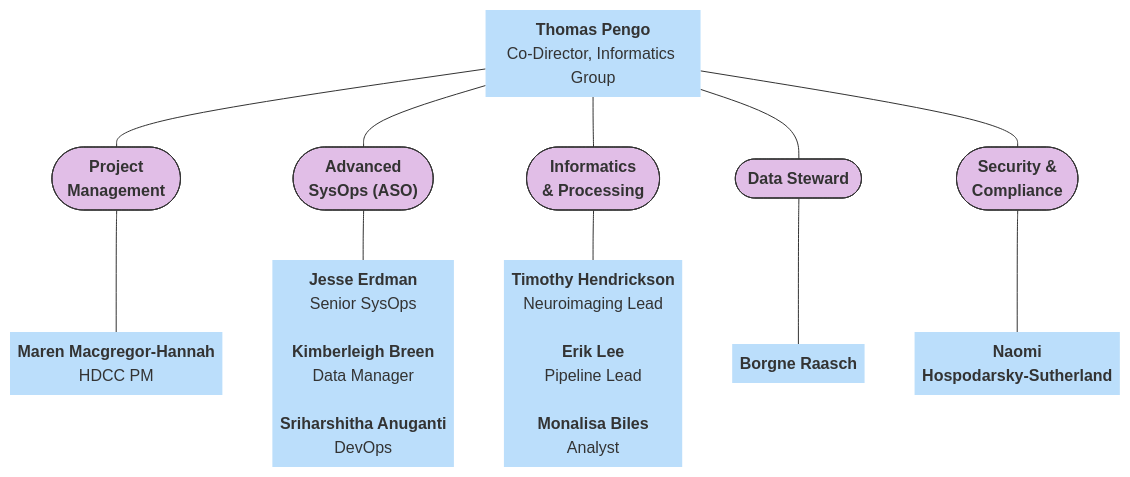
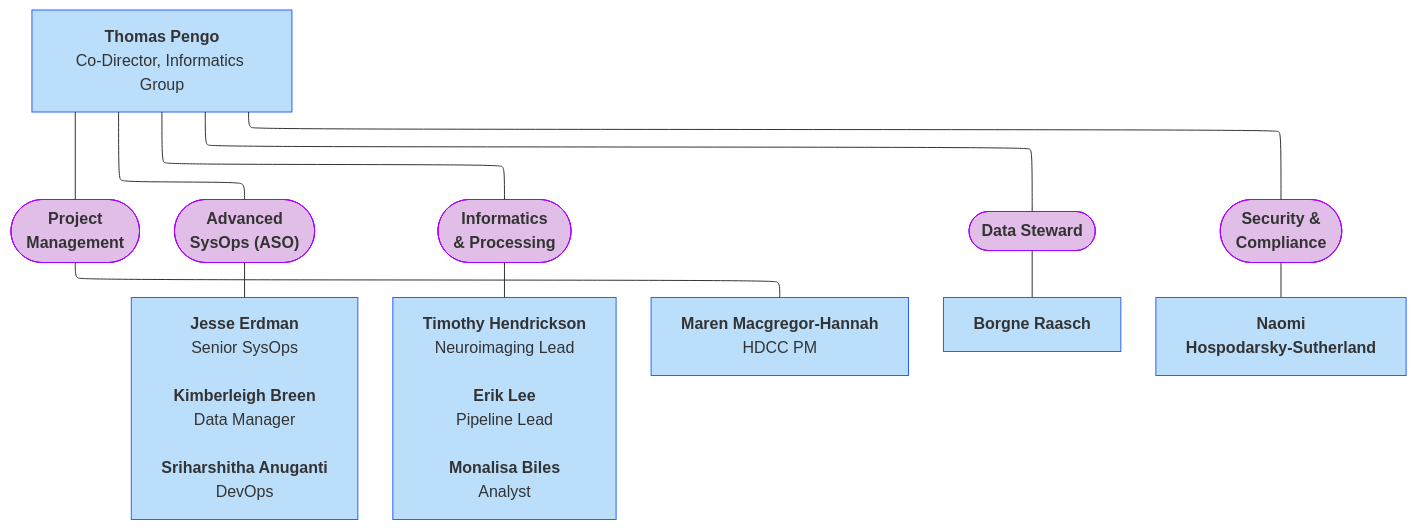
The seventh of 10 diagrams in docs/orgcharts.md (DCAN-Labs/hbcd-docs-internal), drawn with Mermaid before and after one commit. The commit also changed other lines of this file and 2 other files, not shown here.

Commit message:
SWITCH TO ELK

````diff
--- a/docs/orgcharts.md
+++ b/docs/orgcharts.md
@@ -482,32 +429,26 @@
 ```mermaid
 ---
 config:
-  layout: dagre
+  layout: elk
 ---
 flowchart TB
-    L["<b>Thomas Pengo</b><br>Co-Director, Informatics Group"] --- M(["<b>Project<br>Management</b>"]) & N(["<b>Advanced<br>SysOps (ASO)</b>"]) & O(["<b>Informatics<br>&amp; Processing</b>"]) & P(["<b>Data Steward</b>"]) & n8(["<b>Security &amp;<br>Compliance</b>"])
-    N --- Q@{ label: "<b style=\"color:\">Jesse Erdman</b><br>Senior SysOps<br><br><b style=\"color:\"><span style=\"--tw-scale-x:\">Kimberleigh Breen</span><br style=\"--tw-scale-x:\"></b>Data Manager<br><br><b>Sriharshitha Anuganti<br></b>DevOps" }
-    O --- n4["<b>Timothy Hendrickson</b><br>Neuroimaging Lead<br>
-    <b>Erik Lee</b><br>Pipeline Lead<br>
-    <b>Monalisa Biles</b><br>Analyst"]
-    M --- n6@{ label: "<span style=\"--tw-scale-x:\"><b>Maren Macgregor-Hannah</b><br>HDCC PM</span><br style=\"--tw-scale-x:\">" }
-    P --- n7["<b>Borgne Raasch</b><br>"]
-    n8 --- n9@{ label: "<span style=\"--tw-scale-x:\"><b>Naomi<br>Hospodarsky-Sutherland</b></span><br style=\"--tw-scale-x:\">" }
-    L@{ shape: text}
-    Q@{ shape: text}
-    n4@{ shape: text}
-    n6@{ shape: text}
-    n7@{ shape: text}
-    n9@{ shape: text}
-    style L fill:#BBDEFB
-    style M fill:#E1BEE7,stroke:#333
-    style N fill:#E1BEE7,stroke:#333
-    style O fill:#E1BEE7,stroke:#333
-    style P fill:#E1BEE7,stroke:#333
-    style n8 fill:#E1BEE7,stroke:#333
-    style Q fill:#BBDEFB
-    style n4 fill:#BBDEFB
-    style n6 fill:#BBDEFB
-    style n7 fill:#BBDEFB
-    style n9 fill:#BBDEFB
+    L["<b>Thomas Pengo</b><br>Co-Director, Informatics Group"] 
+    --- M(["<b>Project<br>Management</b>"]) & N(["<b>Advanced<br>SysOps (ASO)</b>"])
+    L --- O(["<b>Informatics<br>&amp; Processing</b>"]) & P(["<b>Data Steward</b>"]) & n8(["<b>Security &amp;<br>Compliance</b>"])
+    N --- Q["<b>Jesse Erdman</b><br>Senior SysOps<br><br><b>Kimberleigh Breen</b><br>Data Manager<br><br><b>Sriharshitha Anuganti</b><br>DevOps"]
+    O --- n4["<b>Timothy Hendrickson</b><br>Neuroimaging Lead<br><br><b>Erik Lee</b><br>Pipeline Lead<br><br><b>Monalisa Biles</b><br>Analyst"]
+    M --- n6["<b>Maren Macgregor-Hannah</b><br>HDCC PM"]
+    P --- n7["<b>Borgne Raasch</b>"]
+    n8 --- n9["<b>Naomi<br>Hospodarsky-Sutherland</b>"]
+    style L fill:#BBDEFB,stroke:#2962FF
+    style M fill:#E1BEE7,stroke:#AA00FF
+    style N fill:#E1BEE7,stroke:#AA00FF
+    style O fill:#E1BEE7,stroke:#AA00FF
+    style P fill:#E1BEE7,stroke:#AA00FF
+    style n8 fill:#E1BEE7,stroke:#AA00FF
+    style Q fill:#BBDEFB,stroke:#2962FF
+    style n4 fill:#BBDEFB,stroke:#2962FF
+    style n6 fill:#BBDEFB,stroke:#2962FF
+    style n7 fill:#BBDEFB,stroke:#2962FF
+    style n9 fill:#BBDEFB,stroke:#2962FF
 ```
````
